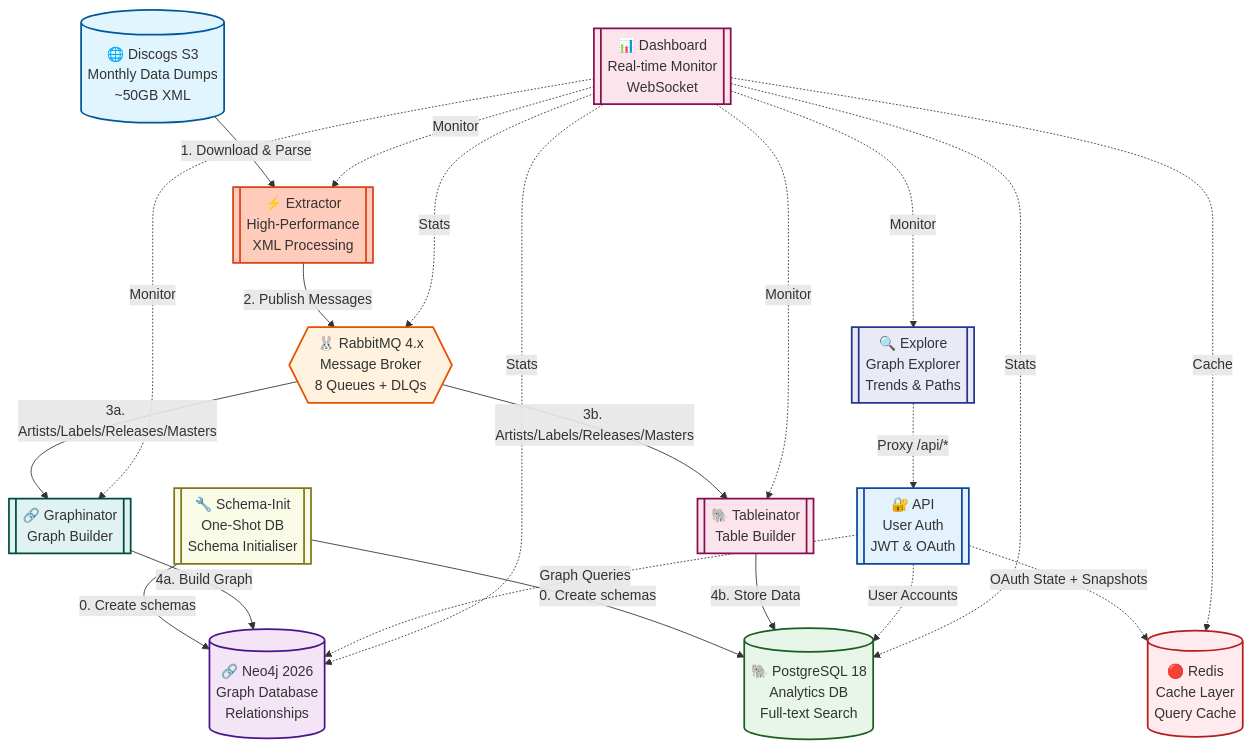
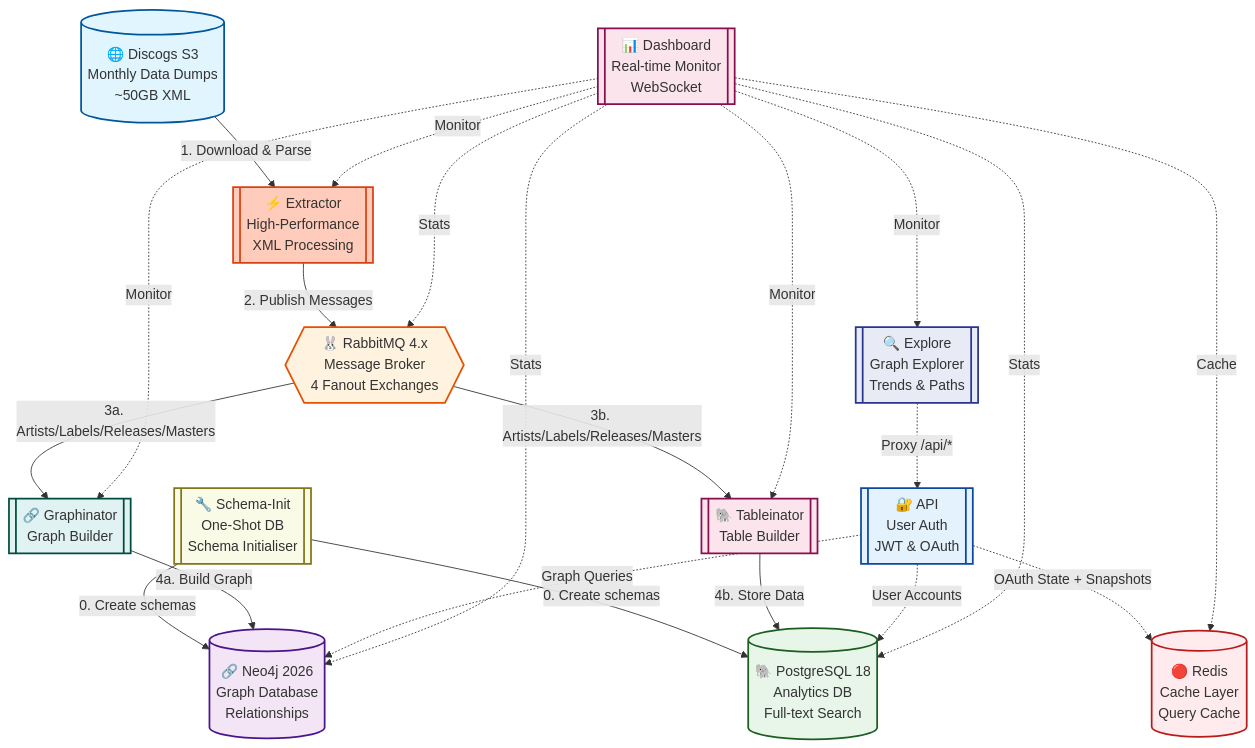
One commit to groovemap-music/deployment changed the first of 2 diagrams in docs/architecture.md. Above: the diagram before and after it, drawn with Mermaid. The commit also changed other lines of this file, not shown here.

First line of the commit message:
refactor(rabbitmq): replace topic exchange with per-data-type fanout exchanges (#105)

````diff
--- a/docs/architecture.md
+++ b/docs/architecture.md
@@ -40,52 +40,52 @@
 ```mermaid
 graph TD
     S3[("🌐 Discogs S3<br/>Monthly Data Dumps<br/>~50GB XML")]
     EXT[["⚡ Extractor<br/>High-Performance<br/>XML Processing"]]
     SCHEMA[["🔧 Schema-Init<br/>One-Shot DB<br/>Schema Initialiser"]]
-    RMQ{{"🐰 RabbitMQ 4.x<br/>Message Broker<br/>8 Queues + DLQs"}}
+    RMQ{{"🐰 RabbitMQ 4.x<br/>Message Broker<br/>4 Fanout Exchanges"}}
     NEO4J[("🔗 Neo4j 2026<br/>Graph Database<br/>Relationships")]
     PG[("🐘 PostgreSQL 18<br/>Analytics DB<br/>Full-text Search")]
     REDIS[("🔴 Redis<br/>Cache Layer<br/>Query Cache")]
     GRAPH[["🔗 Graphinator<br/>Graph Builder"]]
     TABLE[["🐘 Tableinator<br/>Table Builder"]]
     DASH[["📊 Dashboard<br/>Real-time Monitor<br/>WebSocket"]]
     EXPLORE[["🔍 Explore<br/>Graph Explorer<br/>Trends & Paths"]]
     API[["🔐 API<br/>User Auth<br/>JWT & OAuth"]]
 
     SCHEMA -->|0. Create schemas| NEO4J
     SCHEMA -->|0. Create schemas| PG
     S3 -->|1. Download & Parse| EXT
     EXT -->|2. Publish Messages| RMQ
     RMQ -->|3a. Artists/Labels/Releases/Masters| GRAPH
     RMQ -->|3b. Artists/Labels/Releases/Masters| TABLE
     GRAPH -->|4a. Build Graph| NEO4J
     TABLE -->|4b. Store Data| PG
 
     EXPLORE -.->|Proxy /api/*| API
 
     API -.->|User Accounts| PG
     API -.->|Graph Queries| NEO4J
     API -.->|OAuth State + Snapshots| REDIS
 
     DASH -.->|Monitor| EXT
     DASH -.->|Monitor| GRAPH
     DASH -.->|Monitor| TABLE
     DASH -.->|Monitor| EXPLORE
     DASH -.->|Cache| REDIS
     DASH -.->|Stats| RMQ
     DASH -.->|Stats| NEO4J
     DASH -.->|Stats| PG
 
     style S3 fill:#e1f5fe,stroke:#01579b,stroke-width:2px
     style EXT fill:#ffccbc,stroke:#d84315,stroke-width:2px
     style SCHEMA fill:#f9fbe7,stroke:#827717,stroke-width:2px
     style RMQ fill:#fff3e0,stroke:#e65100,stroke-width:2px
     style NEO4J fill:#f3e5f5,stroke:#4a148c,stroke-width:2px
     style PG fill:#e8f5e9,stroke:#1b5e20,stroke-width:2px
     style REDIS fill:#ffebee,stroke:#b71c1c,stroke-width:2px
     style DASH fill:#fce4ec,stroke:#880e4f,stroke-width:2px
     style EXPLORE fill:#e8eaf6,stroke:#283593,stroke-width:2px
     style GRAPH fill:#e0f2f1,stroke:#004d40,stroke-width:2px
     style TABLE fill:#fce4ec,stroke:#880e4f,stroke-width:2px
     style API fill:#e3f2fd,stroke:#0d47a1,stroke-width:2px
 ```
````
